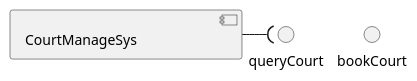
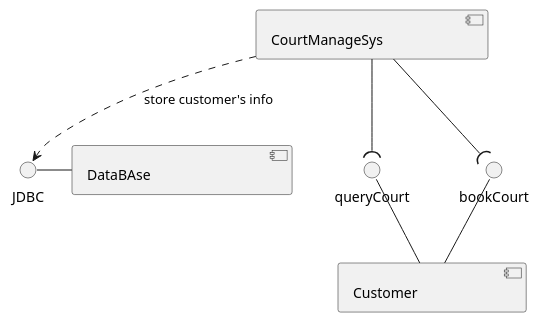
One commit to ACupofAir/SEU-Java-Course changed the diagram in UML/ComponentDiagram/courtBookingSys.wsd. Above: the diagram before and after it, drawn with PlantUML. The commit also changed 6 other files, not shown here.

```diff
--- a/UML/ComponentDiagram/courtBookingSys.wsd
+++ b/UML/ComponentDiagram/courtBookingSys.wsd
@@ -1,13 +1,26 @@
 @startuml courtBookingSys
 component CourtManageSys [
   CourtManageSys                      
-]                       
-                 
-() queryCourt as qC
-interface bookCourt as bC
-                            
-CourtManageSys -( qC      
-' CourtManageSys -(      
-                            
-                            
-@enduml                     
+]                                
+                                 
+component Customer [             
+  Customer                       
+]                                
+                                 
+() queryCourt as qC              
+interface bookCourt as bC        
+                                 
+CourtManageSys --( qC                    
+qC -- Customer                            
+CourtManageSys --( bC                     
+bC -- Customer                            
+                                          
+component DataBase [                      
+  DataBAse                                
+]                                         
+                                          
+interface JDBC                            
+DataBase -left-JDBC                       
+CourtManageSys ..> JDBC : store customer's info
+                                          
+@enduml                                   
```
